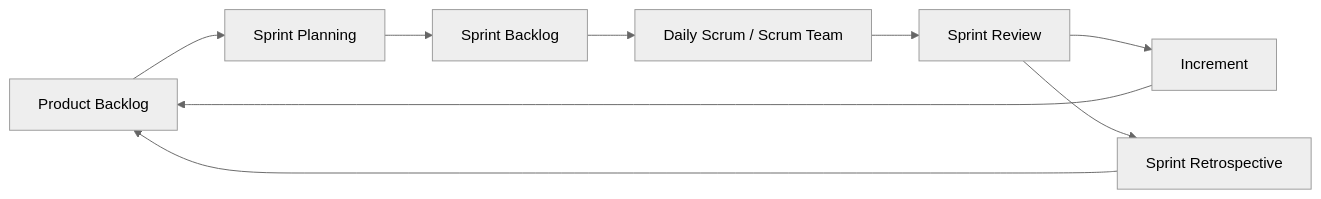
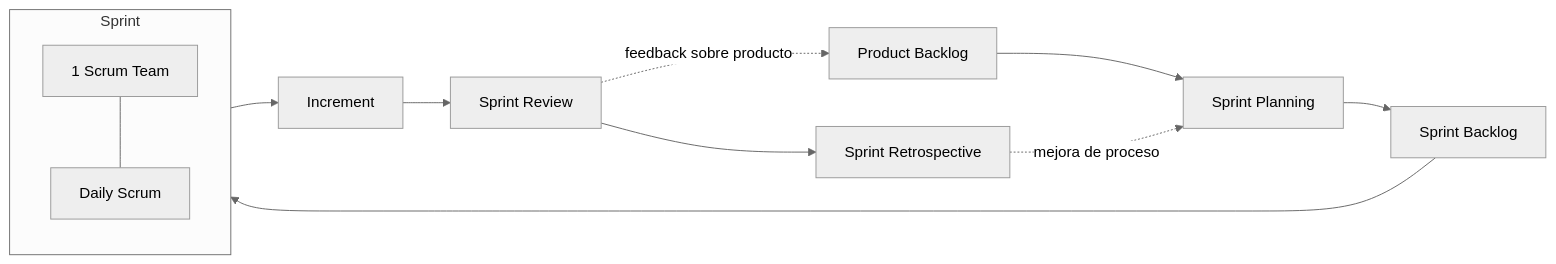
One commit to MatiasNAmendola/real-time-risk-lab changed diagram 11 of 13 in docs/47-intervencion-arquitectura-en-procesos.md. Above: the diagram before and after it, drawn with Mermaid (neutral theme). The commit also changed other lines of this file and 2 other files, not shown here.

Commit message:
docs: align scrum process map wording

````diff
--- a/docs/47-intervencion-arquitectura-en-procesos.md
+++ b/docs/47-intervencion-arquitectura-en-procesos.md
@@ -591,11 +591,19 @@
 ```mermaid
 flowchart LR
   PB["Product Backlog"] --> SP["Sprint Planning"]
   SP --> SB["Sprint Backlog"]
-  SB --> DS["Daily Scrum / Scrum Team"]
-  DS --> SR["Sprint Review"]
-  SR --> INC["Increment"]
+
+  subgraph Sprint["Sprint"]
+    direction TB
+    Team["1 Scrum Team"]
+    DS["Daily Scrum"]
+    Team --- DS
+  end
+
+  SB --> Sprint
+  Sprint --> INC["Increment"]
+  INC --> SR["Sprint Review"]
   SR --> RETRO["Sprint Retrospective"]
-  RETRO --> PB
-  INC --> PB
+  SR -. "feedback sobre producto" .-> PB
+  RETRO -. "mejora de proceso" .-> SP
 ```
````
